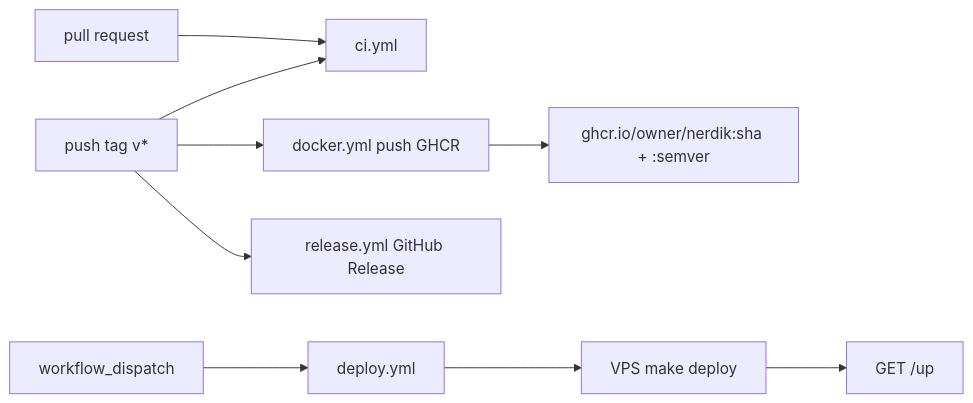
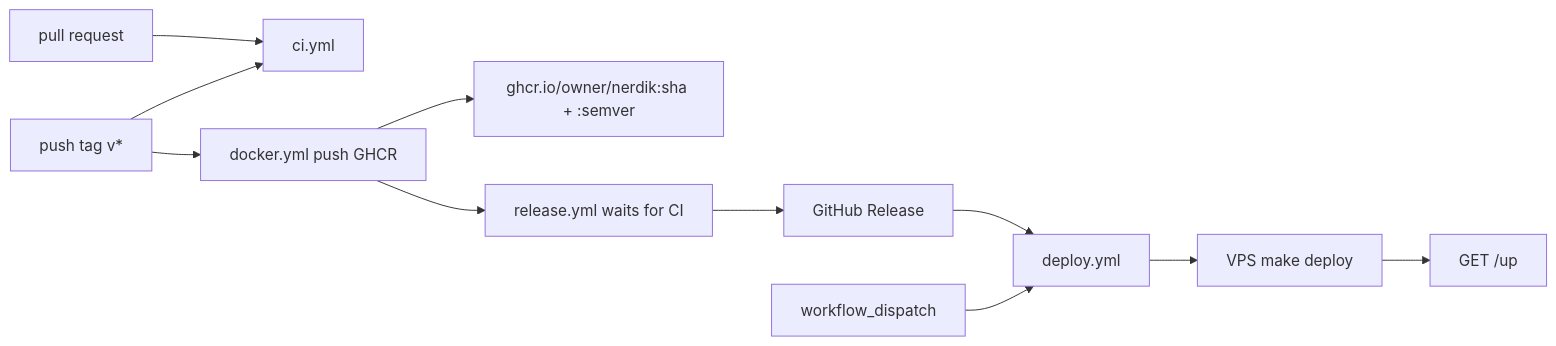
One commit to panshaigan/nerdik changed the diagram in docs/ci-cd.md. Above: the diagram before and after it, drawn with Mermaid. The commit also changed other lines of this file and 5 other files, not shown here.

First line of the commit message:
feat: auto-deploy production after successful release

````diff
--- a/docs/ci-cd.md
+++ b/docs/ci-cd.md
@@ -7,11 +7,13 @@
 ```mermaid
 flowchart LR
   PR[pull request] --> CI[ci.yml]
   Tag["push tag v*"] --> CI
   Tag --> DockerPush[docker.yml push GHCR]
-  Tag --> GHRelease[release.yml GitHub Release]
   DockerPush --> GHCR["ghcr.io/owner/nerdik:sha + :semver"]
-  Manual[workflow_dispatch] --> Deploy[deploy.yml]
+  DockerPush --> WaitCI[release.yml waits for CI]
+  WaitCI --> GHRelease[GitHub Release]
+  GHRelease --> Deploy[deploy.yml]
+  Manual[workflow_dispatch] --> Deploy
   Deploy --> VPS[VPS make deploy]
   VPS --> Up["GET /up"]
 ```
````
